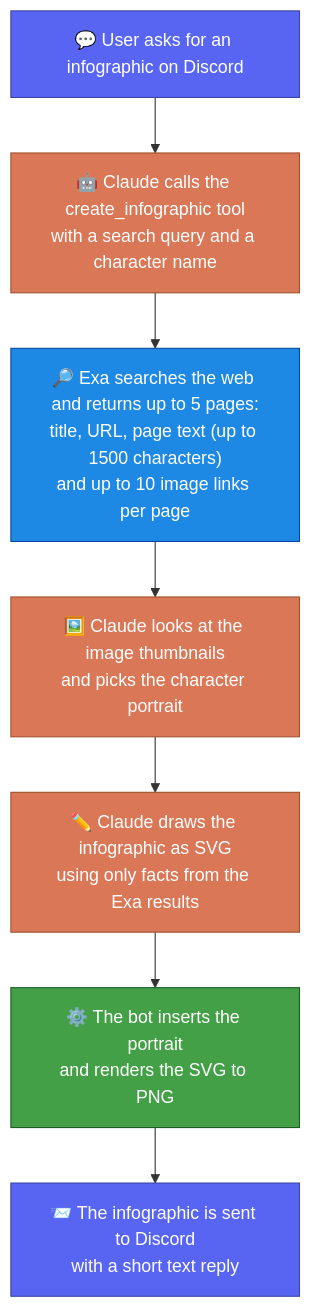
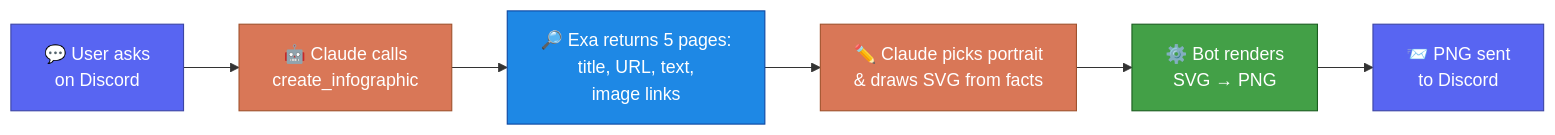
One commit to Nahida4479/NevAI-Bot changed the diagram in README.md. Above: the diagram before and after it, drawn with Mermaid.

````diff
--- a/README.md
+++ b/README.md
@@ -95,22 +95,18 @@
 ```mermaid
-flowchart TD
-    A["💬 User asks for an infographic on Discord"]
-    B["🤖 Claude calls the create_infographic tool<br/>with a search query and a character name"]
-    C["🔎 Exa searches the web and returns up to 5 pages:<br/>title, URL, page text (up to 1500 characters)<br/>and up to 10 image links per page"]
-    D["🖼️ Claude looks at the image thumbnails<br/>and picks the character portrait"]
-    E["✏️ Claude draws the infographic as SVG<br/>using only facts from the Exa results"]
-    F["⚙️ The bot inserts the portrait<br/>and renders the SVG to PNG"]
-    G["📨 The infographic is sent to Discord<br/>with a short text reply"]
-
-    A --> B --> C --> D --> E --> F --> G
+flowchart LR
+    A["💬 User asks<br/>on Discord"] --> B["🤖 Claude calls<br/>create_infographic"]
+    B --> C["🔎 Exa returns 5 pages:<br/>title, URL, text,<br/>image links"]
+    C --> D["✏️ Claude picks portrait<br/>& draws SVG from facts"]
+    D --> E["⚙️ Bot renders<br/>SVG → PNG"]
+    E --> F["📨 PNG sent<br/>to Discord"]
 
     classDef discord fill:#5865F2,stroke:#3C45A5,color:#FFFFFF
     classDef claude fill:#D97757,stroke:#A0522D,color:#FFFFFF
     classDef exa fill:#1E88E5,stroke:#0D47A1,color:#FFFFFF
     classDef bot fill:#43A047,stroke:#1B5E20,color:#FFFFFF
 
-    class A,G discord
-    class B,D,E claude
+    class A,F discord
+    class B,D claude
     class C exa
-    class F bot
+    class E bot
 ```
````
